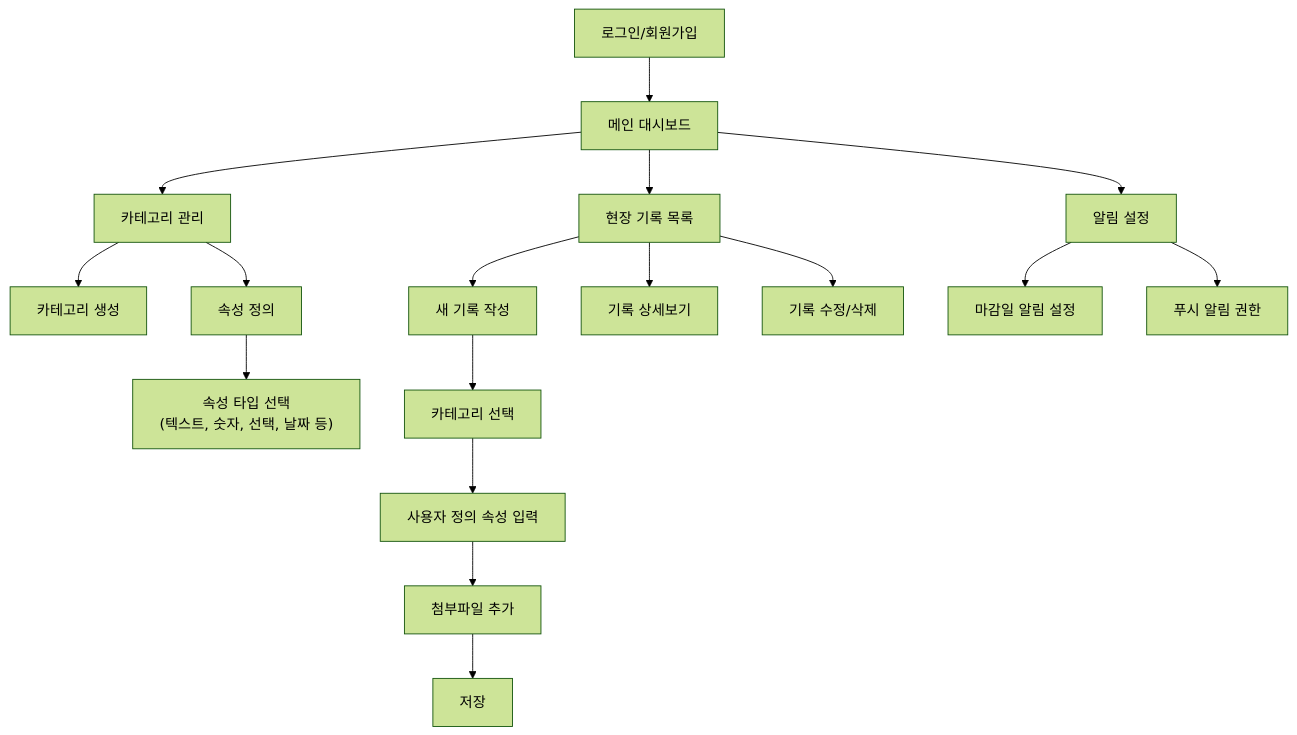
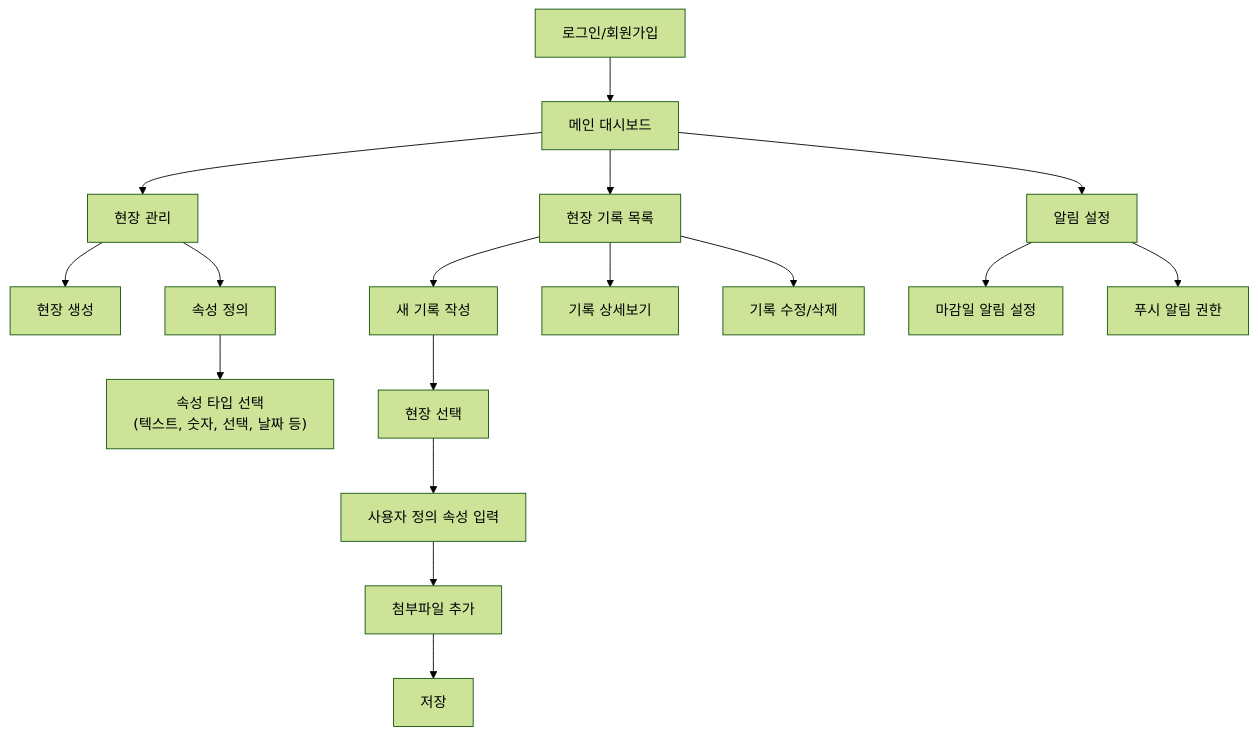
The diagram in 현장기록_FieldLog_기획서.md (toughbox/fieldlog), drawn with Mermaid (forest theme) before and after one commit. The commit also changed other lines of this file and 9 other files, not shown here.

````diff
--- a/현장기록_FieldLog_기획서.md
+++ b/현장기록_FieldLog_기획서.md
@@ -52,23 +52,23 @@
 ```mermaid
 graph TD
     A["로그인/회원가입"] --> B["메인 대시보드"]
-    B --> C["카테고리 관리"]
+    B --> C["현장 관리"]
     B --> D["현장 기록 목록"]
     B --> E["알림 설정"]
     
-    C --> C1["카테고리 생성"]
+    C --> C1["현장 생성"]
     C --> C2["속성 정의"]
     C2 --> C3["속성 타입 선택<br/>(텍스트, 숫자, 선택, 날짜 등)"]
     
     D --> D1["새 기록 작성"]
     D --> D2["기록 상세보기"]
     D --> D3["기록 수정/삭제"]
     
-    D1 --> D4["카테고리 선택"]
+    D1 --> D4["현장 선택"]
     D4 --> D5["사용자 정의 속성 입력"]
     D5 --> D6["첨부파일 추가"]
     D6 --> D7["저장"]
     
     E --> E1["마감일 알림 설정"]
     E --> E2["푸시 알림 권한"]
 ```
````
